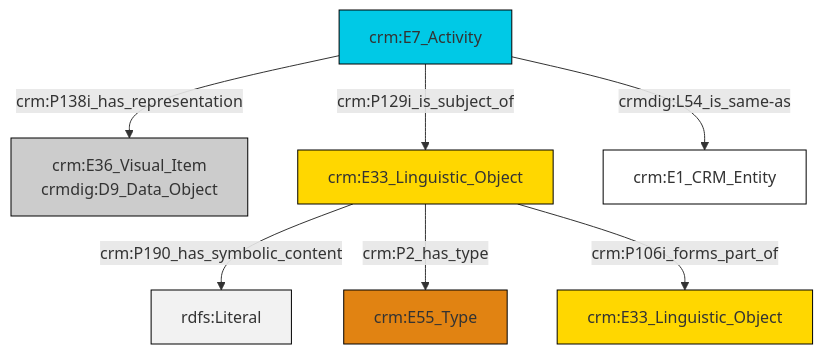
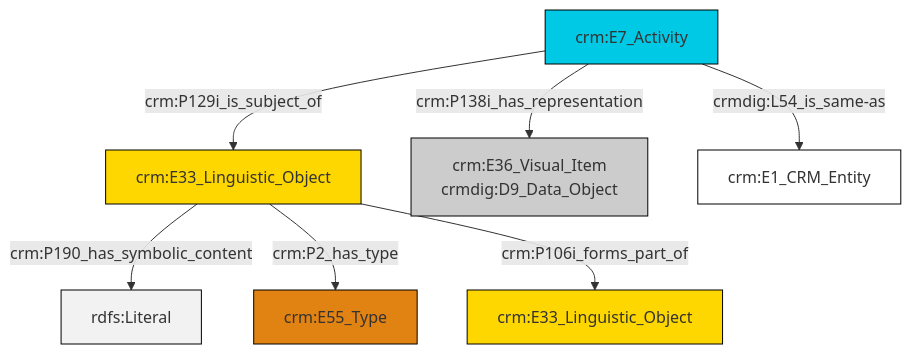
One commit to swiss-art-research-net/docs.swissartresearch changed the diagram in et/eventCSV/ttl/mmd/event_documentation.ttl.mmd. Above: the diagram before and after it, drawn with Mermaid. The commit also changed 178 other files, not shown here.

```diff
--- a/et/eventCSV/ttl/mmd/event_documentation.ttl.mmd
+++ b/et/eventCSV/ttl/mmd/event_documentation.ttl.mmd
@@ -1,21 +1,21 @@
 graph TD
 classDef Literal fill:#f2f2f2,stroke:#000000;
 classDef CRM_Entity fill:#FFFFFF,stroke:#000000;
 classDef Temporal_Entity fill:#00C9E6, stroke:#000000;
 classDef Type fill:#E18312, stroke:#000000;
 classDef Time-Span fill:#2C9C91, stroke:#000000;
 classDef Appellation fill:#FFEB7F, stroke:#000000;
 classDef Place fill:#008836, stroke:#000000;
 classDef Persistent_Item fill:#B266B2, stroke:#000000;
 classDef Conceptual_Object fill:#FFD700, stroke:#000000;
 classDef Physical_Thing fill:#D2B48C, stroke:#000000;
 classDef Actor fill:#f58aad, stroke:#000000;
 classDef PC_Classes fill:#4ce600, stroke:#000000;
 classDef Multi fill:#cccccc,stroke:#000000;
 
-4["crm:E33_Linguistic_Object"]:::Conceptual_Object -->|crm:P190_has_symbolic_content| 6[rdfs:Literal]:::Literal
-4["crm:E33_Linguistic_Object"]:::Conceptual_Object -->|crm:P2_has_type| 11["crm:E55_Type"]:::Type
-0["crm:E7_Activity"]:::Temporal_Entity -->|crmdig:L54_is_same-as| 9["crm:E1_CRM_Entity"]:::CRM_Entity
-0["crm:E7_Activity"]:::Temporal_Entity -->|crm:P138i_has_representation| 2["crm:E36_Visual_Item<br>crmdig:D9_Data_Object"]:::Multi
-4["crm:E33_Linguistic_Object"]:::Conceptual_Object -->|crm:P106i_forms_part_of| 7["crm:E33_Linguistic_Object"]:::Conceptual_Object
-0["crm:E7_Activity"]:::Temporal_Entity -->|crm:P129i_is_subject_of| 4["crm:E33_Linguistic_Object"]:::Conceptual_Object
+2["crm:E33_Linguistic_Object"]:::Conceptual_Object -->|crm:P190_has_symbolic_content| 3[rdfs:Literal]:::Literal
+2["crm:E33_Linguistic_Object"]:::Conceptual_Object -->|crm:P2_has_type| 6["crm:E55_Type"]:::Type
+2["crm:E33_Linguistic_Object"]:::Conceptual_Object -->|crm:P106i_forms_part_of| 0["crm:E33_Linguistic_Object"]:::Conceptual_Object
+9["crm:E7_Activity"]:::Temporal_Entity -->|crmdig:L54_is_same-as| 7["crm:E1_CRM_Entity"]:::CRM_Entity
+9["crm:E7_Activity"]:::Temporal_Entity -->|crm:P138i_has_representation| 4["crm:E36_Visual_Item<br>crmdig:D9_Data_Object"]:::Multi
+9["crm:E7_Activity"]:::Temporal_Entity -->|crm:P129i_is_subject_of| 2["crm:E33_Linguistic_Object"]:::Conceptual_Object
```
